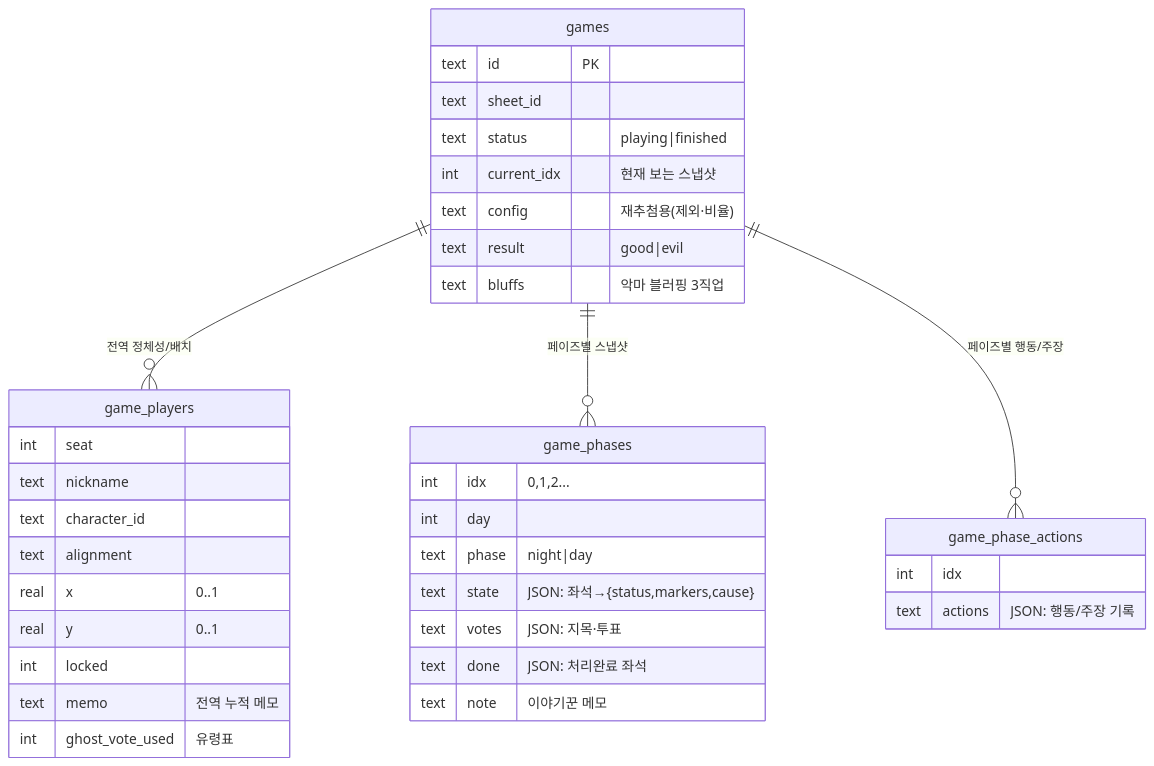
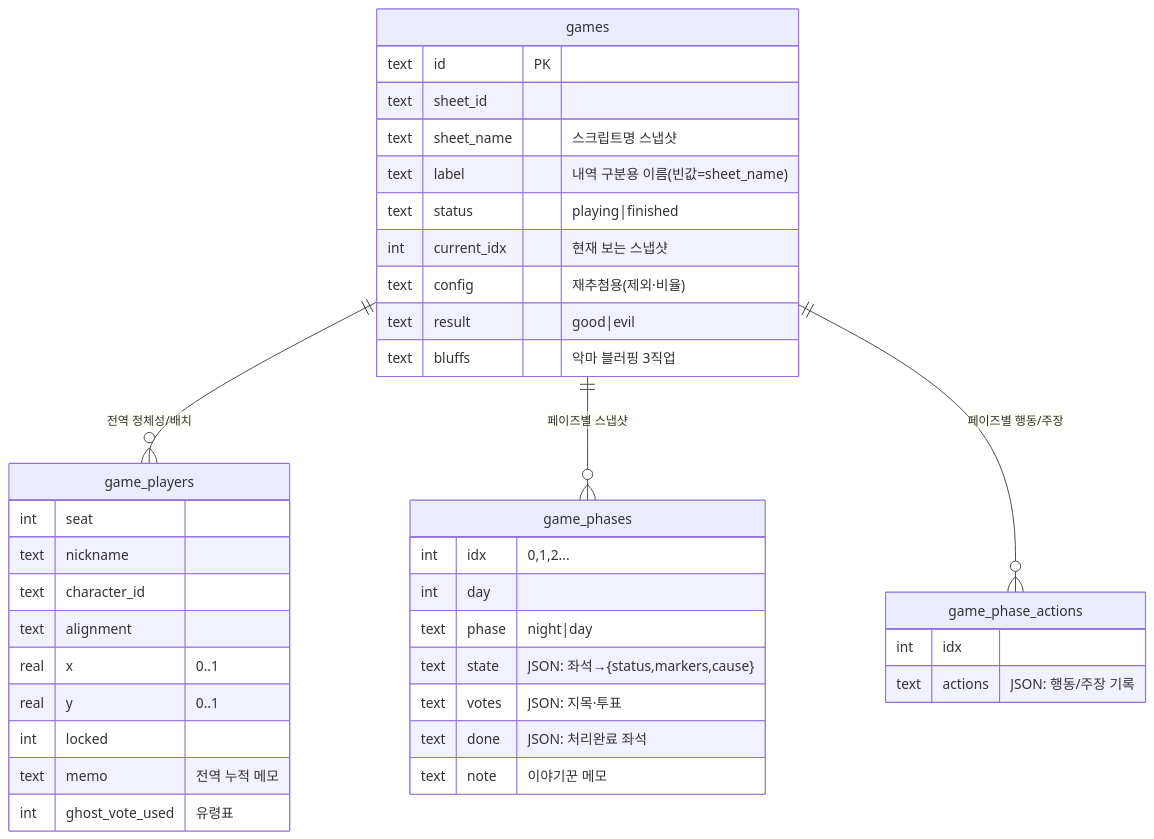
One commit to daseul22/botc-grimoire changed the first of 2 diagrams in docs/wiki/04-grimoire-engine.md. Above: the diagram before and after it, drawn with Mermaid. The commit also changed other lines of this file and 9 other files, not shown here.

````diff
--- a/docs/wiki/04-grimoire-engine.md
+++ b/docs/wiki/04-grimoire-engine.md
@@ -16,39 +16,41 @@
 ```mermaid
 erDiagram
   games ||--o{ game_players : "전역 정체성/배치"
   games ||--o{ game_phases : "페이즈별 스냅샷"
   games ||--o{ game_phase_actions : "페이즈별 행동/주장"
   games {
     text id PK
     text sheet_id
+    text sheet_name "스크립트명 스냅샷"
+    text label "내역 구분용 이름(빈값=sheet_name)"
     text status "playing|finished"
     int  current_idx "현재 보는 스냅샷"
     text config "재추첨용(제외·비율)"
     text result "good|evil"
     text bluffs "악마 블러핑 3직업"
   }
   game_players {
     int  seat
     text nickname
     text character_id
     text alignment
     real x "0..1"
     real y "0..1"
     int  locked
     text memo "전역 누적 메모"
     int  ghost_vote_used "유령표"
   }
   game_phases {
     int  idx "0,1,2..."
     int  day
     text phase "night|day"
     text state "JSON: 좌석→{status,markers,cause}"
     text votes "JSON: 지목·투표"
     text done "JSON: 처리완료 좌석"
     text note "이야기꾼 메모"
   }
   game_phase_actions {
     int  idx
     text actions "JSON: 행동/주장 기록"
   }
 ```
````
